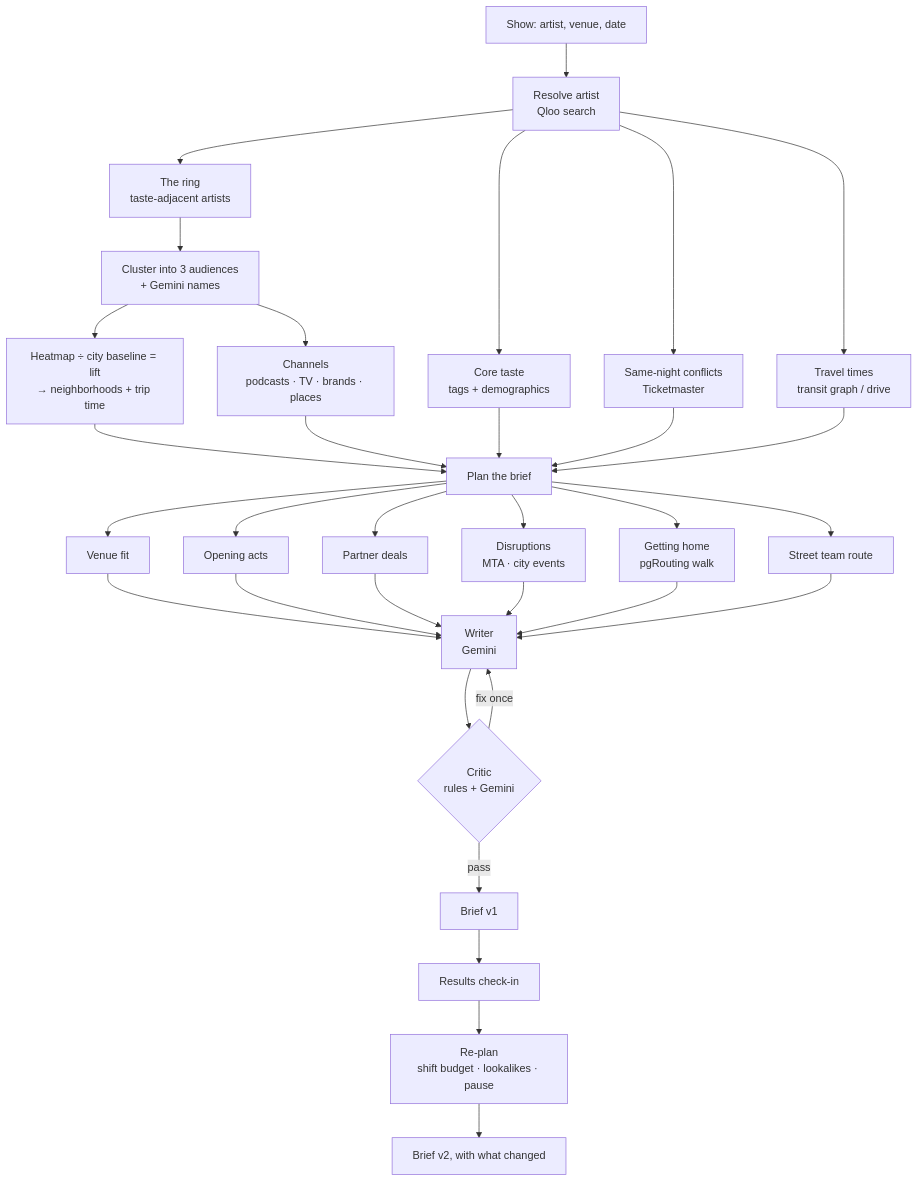
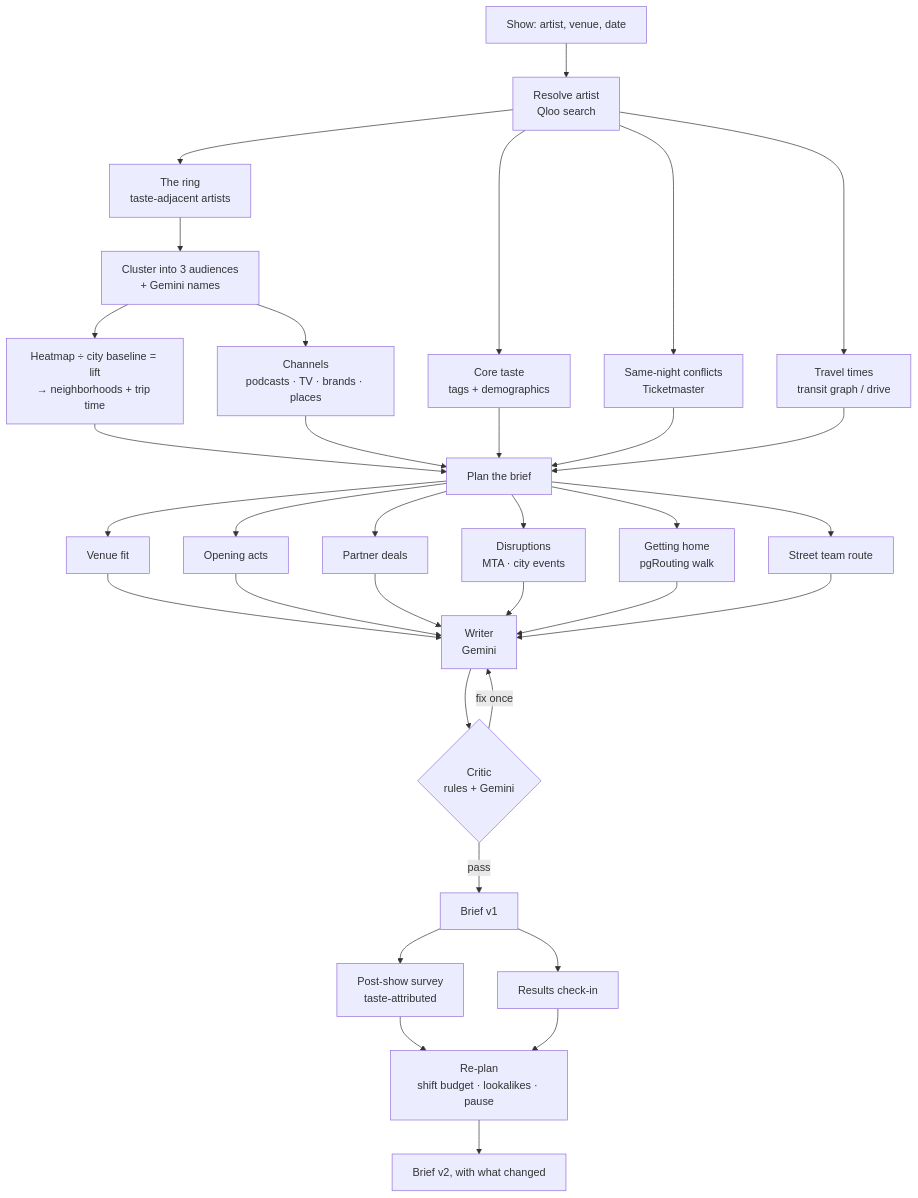
The fourth of 4 diagrams in README.md (0xhaz/HouseFull), drawn with Mermaid before and after one commit. The commit also changed other lines of this file and 34 other files, not shown here.

First line of the commit message:
Post-show reviews: survey for organizers, Your nights for fans

````diff
--- a/README.md
+++ b/README.md
@@ -238,25 +244,27 @@
 ```mermaid
 flowchart TD
   S[Show: artist, venue, date] --> R[Resolve artist<br/>Qloo search]
   R --> C[Core taste<br/>tags + demographics]
   R --> RG[The ring<br/>taste-adjacent artists]
   R --> CF[Same-night conflicts<br/>Ticketmaster]
   R --> TT[Travel times<br/>transit graph / drive]
   RG --> SEG[Cluster into 3 audiences<br/>+ Gemini names]
   SEG --> GEO[Heatmap ÷ city baseline = lift<br/>→ neighborhoods + trip time]
   SEG --> CH[Channels<br/>podcasts · TV · brands · places]
   GEO & CH & C & CF & TT --> PLAN[Plan the brief]
   PLAN --> VF[Venue fit]
   PLAN --> OP[Opening acts]
   PLAN --> PA[Partner deals]
   PLAN --> DI[Disruptions<br/>MTA · city events]
   PLAN --> GH[Getting home<br/>pgRouting walk]
   PLAN --> ST[Street team route]
   VF & OP & PA & DI & GH & ST --> WR[Writer<br/>Gemini]
   WR --> CR{Critic<br/>rules + Gemini}
   CR -->|pass| B[Brief v1]
   CR -->|fix once| WR
   B --> RES[Results check-in]
+  B --> SV[Post-show survey<br/>taste-attributed]
+  SV --> RP
   RES --> RP[Re-plan<br/>shift budget · lookalikes · pause]
   RP --> B2[Brief v2, with what changed]
 ```
````
